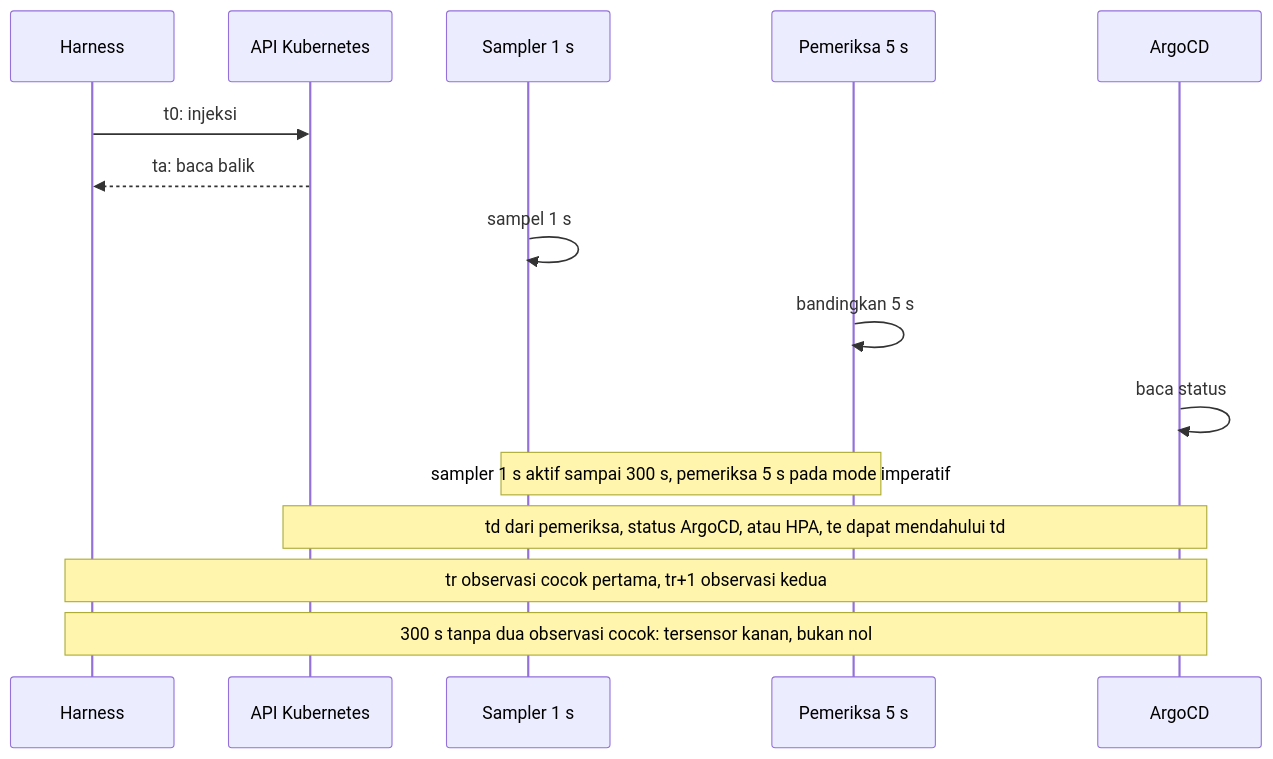
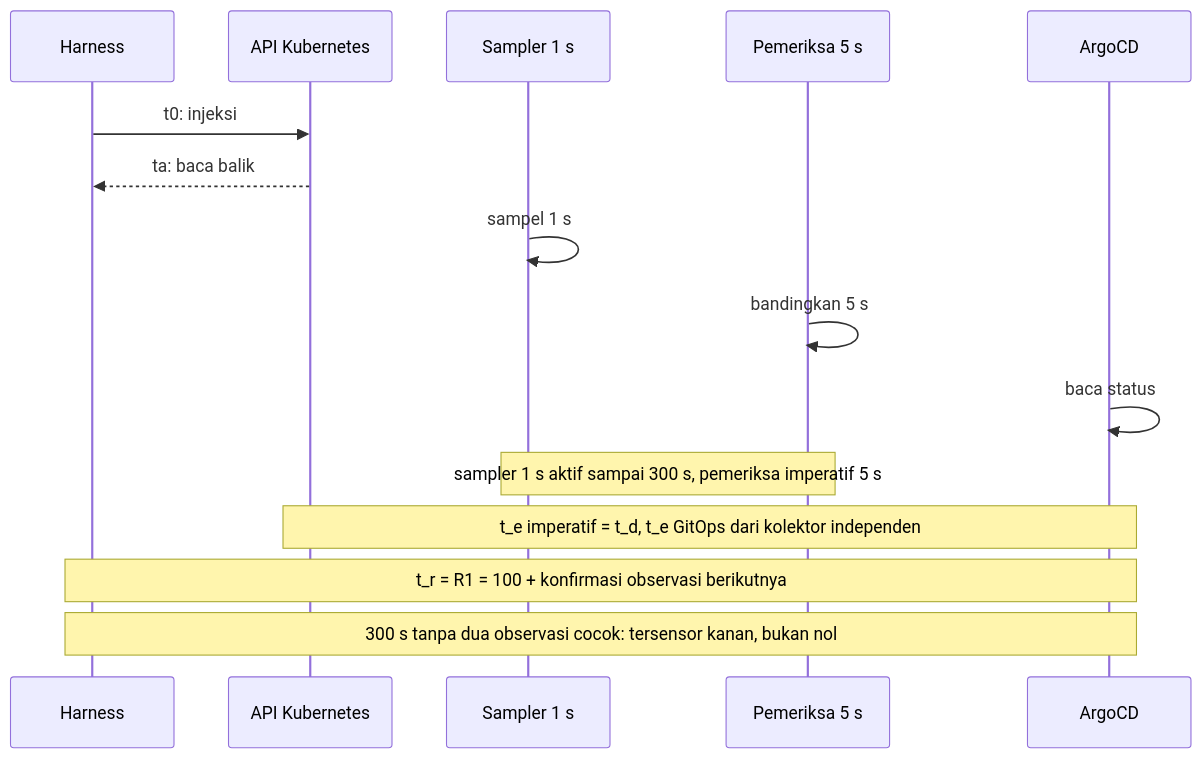
One commit to vityasyyy/skripsi changed the diagram in content/skripsi/diagrams/src/fig-measurement-timeline.mmd. Above: the diagram before and after it, drawn with Mermaid. The commit also changed 48 other files, not shown here.

```diff
--- a/content/skripsi/diagrams/src/fig-measurement-timeline.mmd
+++ b/content/skripsi/diagrams/src/fig-measurement-timeline.mmd
@@ -1,15 +1,15 @@
 sequenceDiagram
   participant H as Harness
   participant K as API Kubernetes
   participant S as Sampler 1 s
   participant P as Pemeriksa 5 s
   participant A as ArgoCD
   H->>K: t0: injeksi
   K-->>H: ta: baca balik
   S->>S: sampel 1 s
   P->>P: bandingkan 5 s
   A->>A: baca status
-  Note over S,P: sampler 1 s aktif sampai 300 s, pemeriksa 5 s pada mode imperatif
-  Note over K,A: td dari pemeriksa, status ArgoCD, atau HPA, te dapat mendahului td
-  Note over H,A: tr observasi cocok pertama, tr+1 observasi kedua
+  Note over S,P: sampler 1 s aktif sampai 300 s, pemeriksa imperatif 5 s
+  Note over K,A: t_e imperatif = t_d, t_e GitOps dari kolektor independen
+  Note over H,A: t_r = R1 = 100 + konfirmasi observasi berikutnya
   Note over H,A: 300 s tanpa dua observasi cocok: tersensor kanan, bukan nol
```
